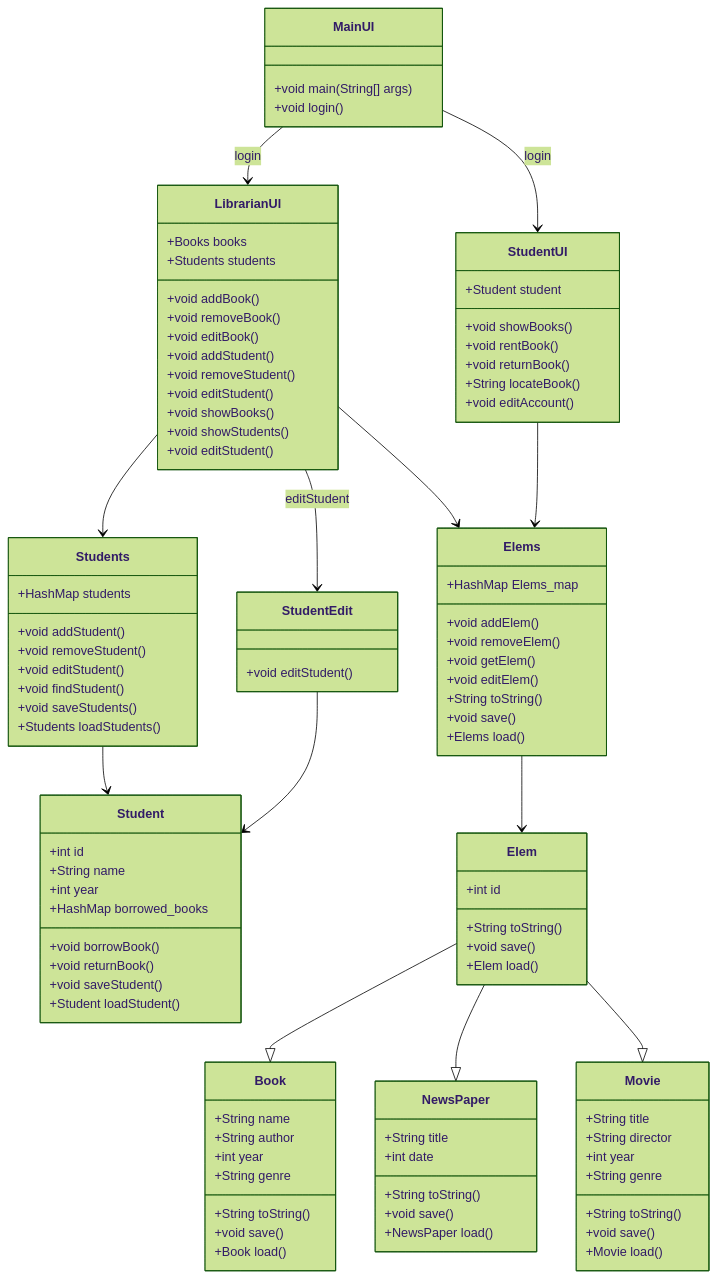
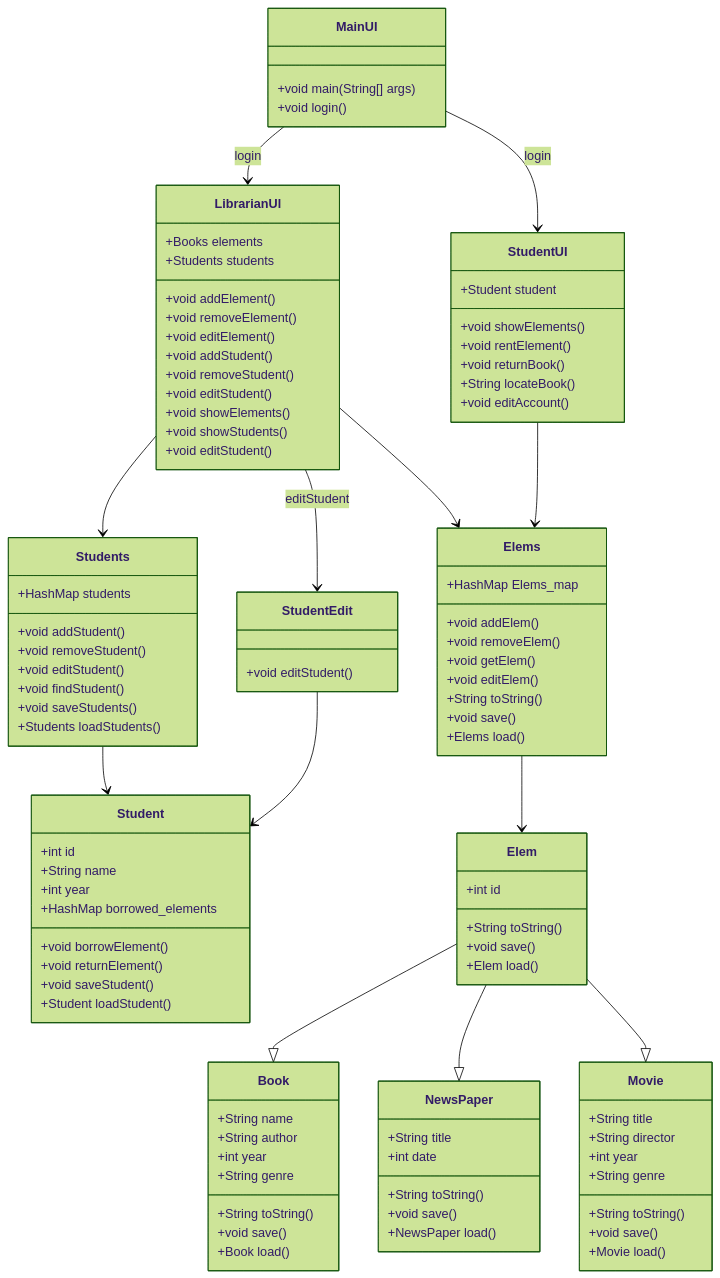
The diagram in README.md (PatrykFlama/LibrarySystem), drawn with Mermaid (forest theme) before and after one commit.

```diff
--- a/README.md
+++ b/README.md
@@ -27,24 +27,24 @@
         +void login()
     }
     class LibrarianUI{
-        +Books books
+        +Books elements
         +Students students
 
-        +void addBook()
-        +void removeBook()
-        +void editBook()
+        +void addElement()
+        +void removeElement()
+        +void editElement()
         +void addStudent()
         +void removeStudent()
         +void editStudent()
-        +void showBooks()
+        +void showElements()
         +void showStudents()
         +void editStudent()
     }
     class StudentUI{
         +Student student
 
-        +void showBooks()
-        +void rentBook()
+        +void showElements()
+        +void rentElement()
         +void returnBook()
         +String locateBook()
         +void editAccount()
@@ -64,10 +64,10 @@
         +int id
         +String name
         +int year
-        +HashMap borrowed_books
+        +HashMap borrowed_elements
 
-        +void borrowBook()
-        +void returnBook()
+        +void borrowElement()
+        +void returnElement()
 
         +void saveStudent()
         +Student loadStudent()
```
